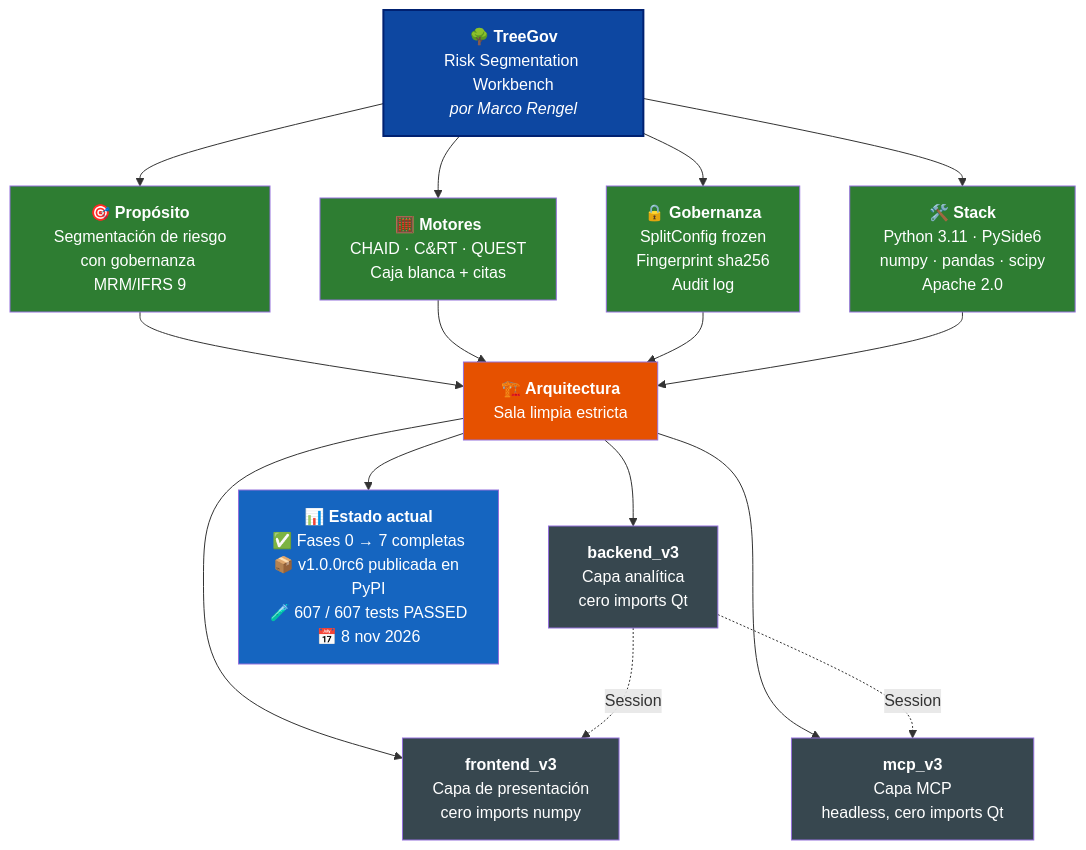
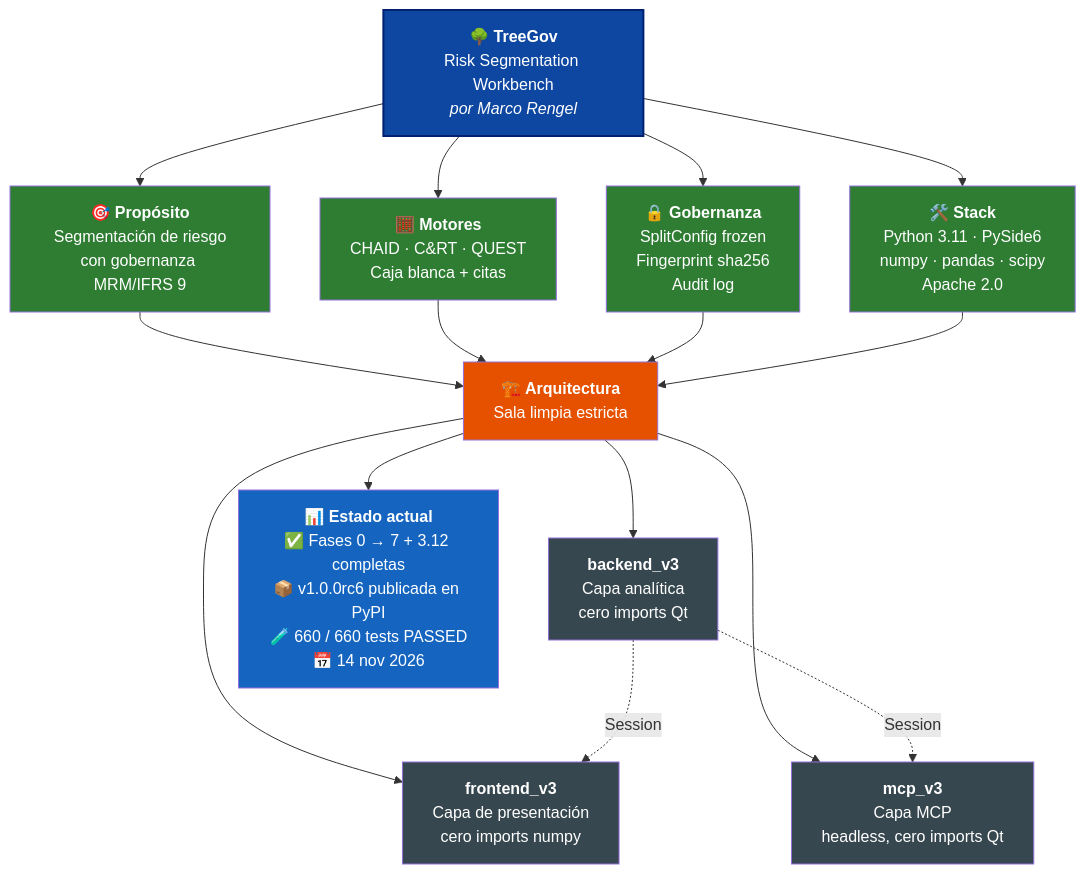
The diagram in README.es.md (Marco-Rengel/treegov), drawn with Mermaid before and after one commit. The commit also changed other lines of this file and 28 other files, not shown here.

Commit message:
feat(3.12): complete analysis workspace (Rules, Summary, node cases, gains charts)

````diff
--- a/README.es.md
+++ b/README.es.md
@@ -38,34 +38,34 @@
 ```mermaid
 flowchart TB
     TG["<b>🌳 TreeGov</b><br/>Risk Segmentation Workbench<br/><i>por Marco Rengel</i>"]
 
     TG --> P["<b>🎯 Propósito</b><br/>Segmentación de riesgo<br/>con gobernanza MRM/IFRS 9"]
     TG --> M["<b>🧮 Motores</b><br/>CHAID · C&RT · QUEST<br/>Caja blanca + citas"]
     TG --> G["<b>🔒 Gobernanza</b><br/>SplitConfig frozen<br/>Fingerprint sha256<br/>Audit log"]
     TG --> S["<b>🛠️ Stack</b><br/>Python 3.11 · PySide6<br/>numpy · pandas · scipy<br/>Apache 2.0"]
 
     P --> ARQ["<b>🏗️ Arquitectura</b><br/>Sala limpia estricta"]
     M --> ARQ
     G --> ARQ
     S --> ARQ
 
     ARQ --> BE["<b>backend_v3</b><br/>Capa analítica<br/>cero imports Qt"]
     ARQ --> FE["<b>frontend_v3</b><br/>Capa de presentación<br/>cero imports numpy"]
     ARQ --> MC["<b>mcp_v3</b><br/>Capa MCP<br/>headless, cero imports Qt"]
 
     BE -.->|Session| FE
     BE -.->|Session| MC
 
-    ARQ --> ST["<b>📊 Estado actual</b><br/>✅ Fases 0 → 7 completas<br/>📦 v1.0.0rc6 publicada en PyPI<br/>🧪 607 / 607 tests PASSED<br/>📅 8 nov 2026"]
+    ARQ --> ST["<b>📊 Estado actual</b><br/>✅ Fases 0 → 7 + 3.12 completas<br/>📦 v1.0.0rc6 publicada en PyPI<br/>🧪 660 / 660 tests PASSED<br/>📅 14 nov 2026"]
 
     style TG fill:#0D47A1,color:#fff,stroke:#002171,stroke-width:2px
     style P fill:#2E7D32,color:#fff
     style M fill:#2E7D32,color:#fff
     style G fill:#2E7D32,color:#fff
     style S fill:#2E7D32,color:#fff
     style ARQ fill:#E65100,color:#fff
     style BE fill:#37474F,color:#fff
     style FE fill:#37474F,color:#fff
     style MC fill:#37474F,color:#fff
     style ST fill:#1565C0,color:#fff
 ```
````
